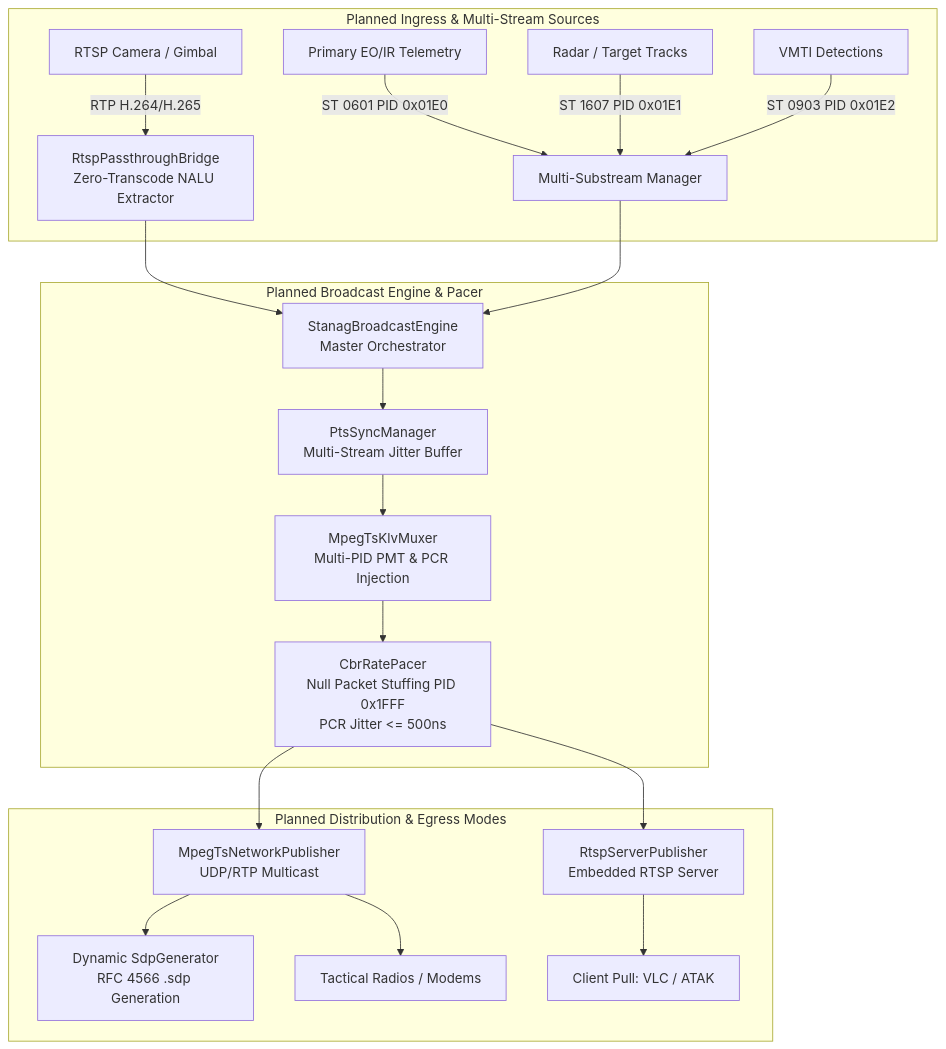
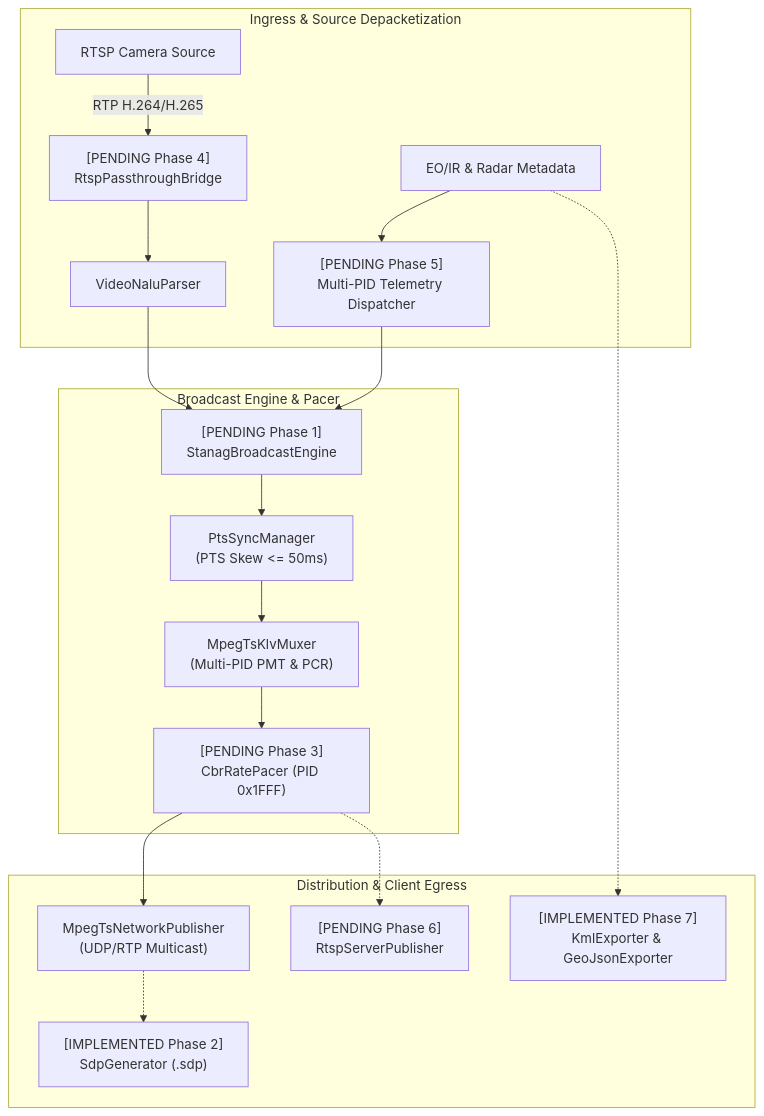
One commit to svagionitis/PelcoD-Controller changed the diagram in docs/KLV_New_Features.md. Above: the diagram before and after it, drawn with Mermaid. The commit also changed other lines of this file and 7 other files, not shown here.

First line of the commit message:
feat(klv): add StanagBroadcastEngine orchestrator

````diff
--- a/docs/KLV_New_Features.md
+++ b/docs/KLV_New_Features.md
@@ -73,25 +80,23 @@
 ```mermaid
-graph TD
-    subgraph FutureIngest["Planned Ingress & Multi-Stream Sources"]
-        A[RTSP Camera / Gimbal] -->|RTP H.264/H.265| B[RtspPassthroughBridge<br>Zero-Transcode NALU Extractor]
-        C[Primary EO/IR Telemetry] -->|ST 0601 PID 0x01E0| D[Multi-Substream Manager]
-        E[Radar / Target Tracks] -->|ST 1607 PID 0x01E1| D
-        F[VMTI Detections] -->|ST 0903 PID 0x01E2| D
+flowchart TD
+    subgraph Ingest["Ingress & Source Depacketization"]
+        RTSP_IN["RTSP Camera Source"] -->|RTP H.264/H.265| P4["[PENDING Phase 4]<br/>RtspPassthroughBridge"]
+        P4 --> NALU["VideoNaluParser"]
+        META_IN["EO/IR & Radar Metadata"] --> P5["[PENDING Phase 5]<br/>Multi-PID Telemetry Dispatcher"]
     end
 
-    subgraph CoreEngine["Planned Broadcast Engine & Pacer"]
-        B --> G[StanagBroadcastEngine<br>Master Orchestrator]
-        D --> G
-        G --> H[PtsSyncManager<br>Multi-Stream Jitter Buffer]
-        H --> I[MpegTsKlvMuxer<br>Multi-PID PMT & PCR Injection]
-        I --> J[CbrRatePacer<br>Null Packet Stuffing PID 0x1FFF<br>PCR Jitter <= 500ns]
+    subgraph CoreEngine["Broadcast Engine & Pacer"]
+        NALU --> P1["[PENDING Phase 1]<br/>StanagBroadcastEngine"]
+        P5 --> P1
+        P1 --> SYNC["PtsSyncManager<br/>(PTS Skew <= 50ms)"]
+        SYNC --> MUX["MpegTsKlvMuxer<br/>(Multi-PID PMT & PCR)"]
+        MUX --> P3["[PENDING Phase 3]<br/>CbrRatePacer (PID 0x1FFF)"]
     end
 
-    subgraph FutureEgress["Planned Distribution & Egress Modes"]
-        J --> K[MpegTsNetworkPublisher<br>UDP/RTP Multicast]
-        J --> L[RtspServerPublisher<br>Embedded RTSP Server]
-        K --> M[Dynamic SdpGenerator<br>RFC 4566 .sdp Generation]
-        K --> N[Tactical Radios / Modems]
-        L --> O[Client Pull: VLC / ATAK]
+    subgraph Distribution["Distribution & Client Egress"]
+        P3 --> PUB["MpegTsNetworkPublisher<br/>(UDP/RTP Multicast)"]
+        P3 -.-> P6["[PENDING Phase 6]<br/>RtspServerPublisher"]
+        PUB -.-> SDP["[IMPLEMENTED Phase 2]<br/>SdpGenerator (.sdp)"]
+        META_IN -.-> GIS["[IMPLEMENTED Phase 7]<br/>KmlExporter & GeoJsonExporter"]
     end
 ```
````
